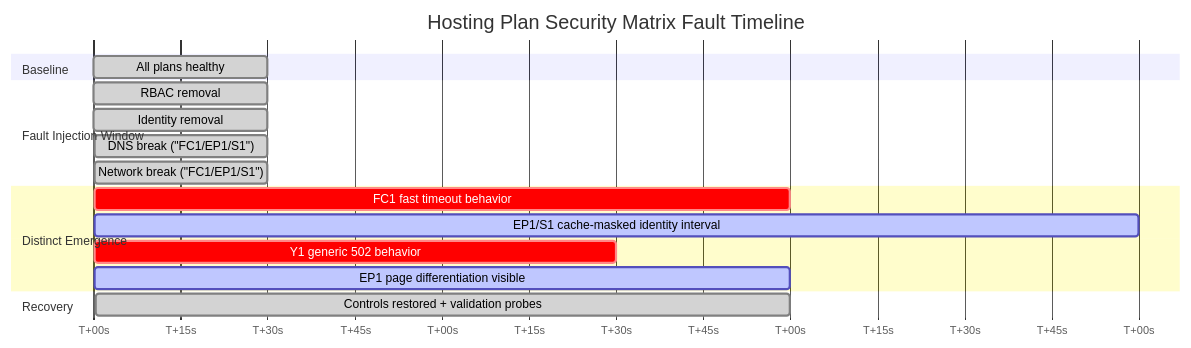
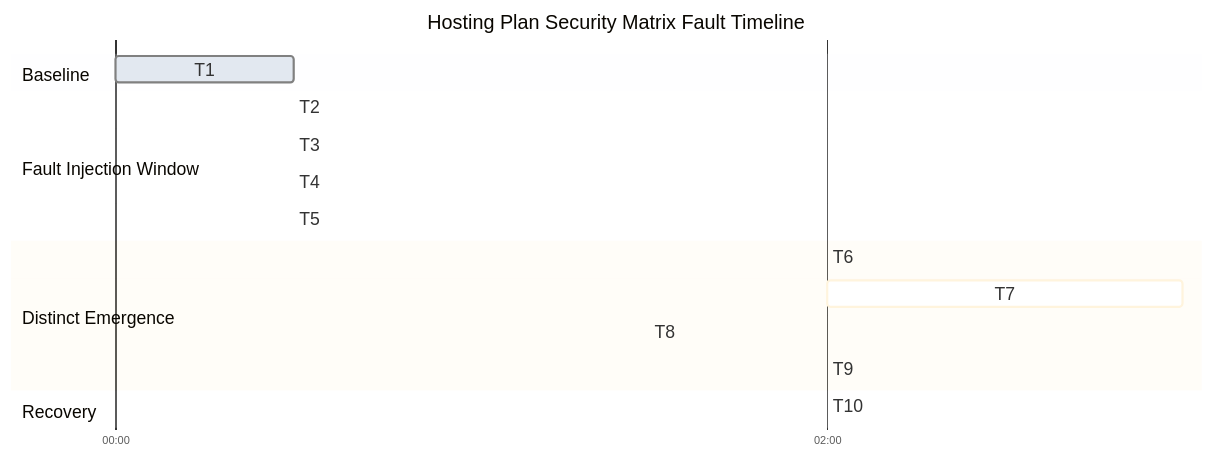
Before and after one commit to yeongseon/azure-functions-practical-guide: the third of 3 diagrams in docs/troubleshooting/lab-guides/hosting-plan-security-matrix.md, drawn with Mermaid. The commit also changed other lines of this file and 3 other files, not shown here.

First line of the commit message:
docs(diagrams): migrate Functions lab other — hosting plan comparison matrix and hosting plan security matrix and related diagnostics (#442)

````diff
--- a/docs/troubleshooting/lab-guides/hosting-plan-security-matrix.md
+++ b/docs/troubleshooting/lab-guides/hosting-plan-security-matrix.md
@@ -1314,24 +1353,28 @@
 ```mermaid
+%%{init: {"gantt":{"fontSize":16,"sectionFontSize":16,"leftPadding":95,"rightPadding":35,"barHeight":24,"barGap":10},"theme":"base","themeVariables":{"doneTaskBkgColor":"#e2e8f0","critBkgColor":"#fed7aa","taskBkgColor":"#e2e8f0"},"themeCSS":".grid .tick text{font-size:16px;fill:var(--md-default-fg-color);} .section{opacity:0;} .titleText{font-size:14px;fill:var(--md-default-fg-color);} .sectionTitle{fill:var(--md-default-fg-color);} .taskTextOutsideLeft,.taskTextOutsideRight{fill:var(--md-default-fg-color)!important;} .taskText{fill:#14202e!important;}"}}%%
 gantt
+    accTitle: Hosting Plan Security Matrix Fault Timeline
+    accDescr: Existing page timeline with Baseline, Fault Injection Window, Distinct Emergence and Recovery sections. All original tasks and relative time values are retained; this migration does not establish run provenance or revalidate timing.
     title Hosting Plan Security Matrix Fault Timeline
-    dateFormat  X
-    axisFormat  T+%Ss
+    dateFormat  HH:mm:ss
+    axisFormat  %M:%S
+    tickInterval 2minute
 
     section Baseline
-    All plans healthy                                :done, b1, 0, 30
+    T1 :done, b1, 00:00:00, 00:00:30
 
     section Fault Injection Window
-    RBAC removal                                     :done, f1, 30, 30
-    Identity removal                                 :done, f2, 90, 30
-    DNS break ("FC1/EP1/S1")                           :done, f3, 150, 30
-    Network break ("FC1/EP1/S1")                       :done, f4, 210, 30
+    T2 :done, f1, 00:00:30, 00:00:30
+    T3 :done, f2, 00:01:30, 00:00:30
+    T4 :done, f3, 00:02:30, 00:00:30
+    T5 :done, f4, 00:03:30, 00:00:30
 
     section Distinct Emergence
-    FC1 fast timeout behavior                        :crit, e1, 120, 120
-    EP1/S1 cache-masked identity interval            :active, e2, 120, 180
-    Y1 generic 502 behavior                           :crit, e3, 150, 90
-    EP1 page differentiation visible                 :active, e4, 180, 120
+    T6 :crit, e1, 00:02:00, 00:02:00
+    T7 :active, e2, 00:02:00, 00:03:00
+    T8 :crit, e3, 00:02:30, 00:01:30
+    T9 :active, e4, 00:03:00, 00:02:00
 
     section Recovery
-    Controls restored + validation probes            :done, r1, 360, 120
+    T10 :done, r1, 00:06:00, 00:02:00
 ```
````
